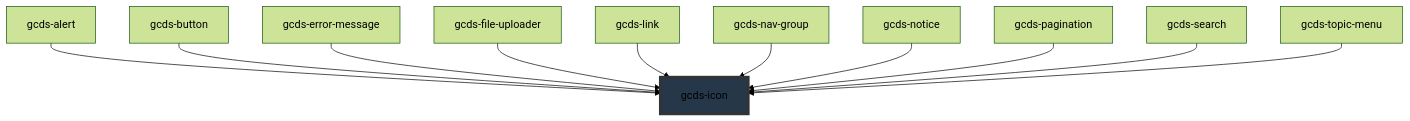
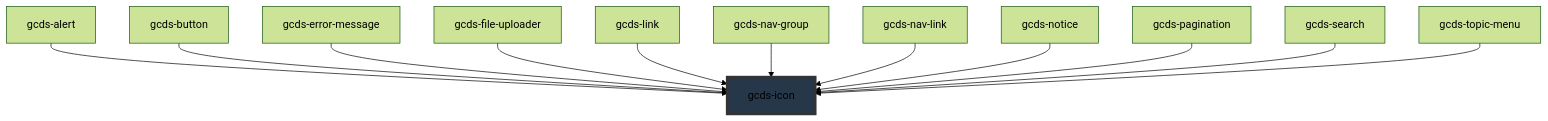
The diagram in packages/web/src/components/gcds-icon/readme.md (cds-snc/gcds-components), drawn with Mermaid (forest theme) before and after one commit. The commit also changed other lines of this file and 8 other files, not shown here.

Commit message:
feat: allow setting gcds-nav-links as external

````diff
--- a/packages/web/src/components/gcds-icon/readme.md
+++ b/packages/web/src/components/gcds-icon/readme.md
@@ -39,14 +40,15 @@
 ```mermaid
 graph TD;
   gcds-alert --> gcds-icon
   gcds-button --> gcds-icon
   gcds-error-message --> gcds-icon
   gcds-file-uploader --> gcds-icon
   gcds-link --> gcds-icon
   gcds-nav-group --> gcds-icon
+  gcds-nav-link --> gcds-icon
   gcds-notice --> gcds-icon
   gcds-pagination --> gcds-icon
   gcds-search --> gcds-icon
   gcds-topic-menu --> gcds-icon
   style gcds-icon fill:#26374a,stroke:#333,stroke-width:4px
 ```
````
